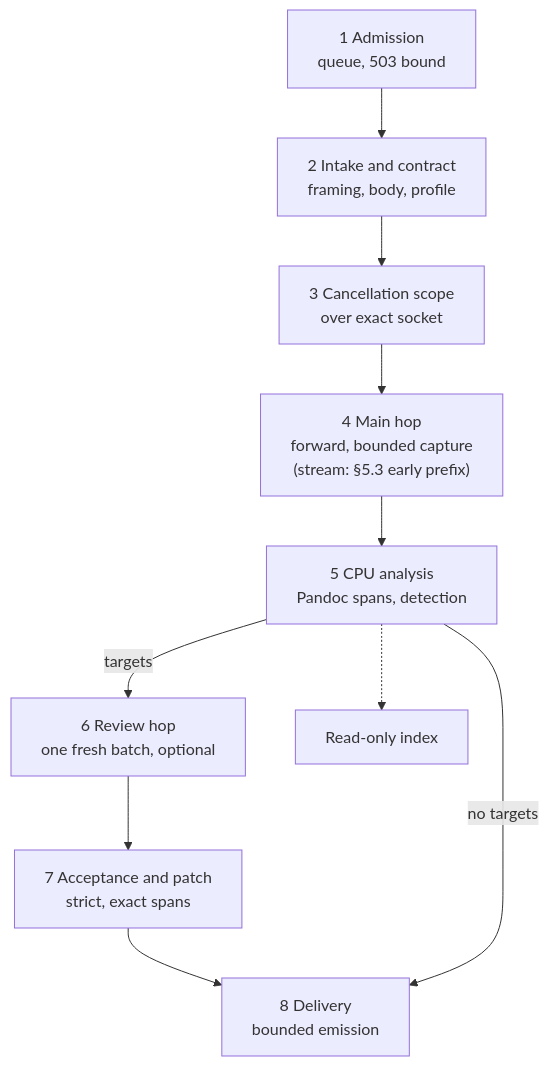
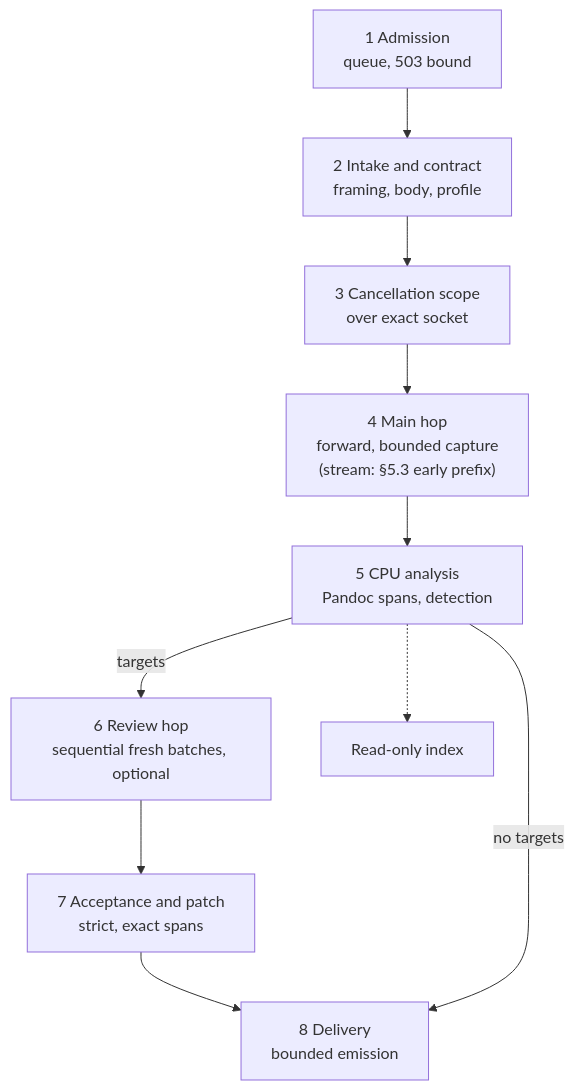
Before and after one commit to ulfe-lmi/slaif-llm-response-language-repair: the second of 5 diagrams in ARCHITECTURE.md, drawn with Mermaid. The commit also changed other lines of this file and 7 other files, not shown here.

Commit message:
040-a docs: ARCHITECTURE 2.3, operator TOML reference, runnable README review paragraph, chain/README/QUICKSTART/STATUS

````diff
--- a/ARCHITECTURE.md
+++ b/ARCHITECTURE.md
@@ -184,17 +168,17 @@
 ```mermaid
 flowchart TD
     a["1 Admission<br/>queue, 503 bound"]
     b["2 Intake and contract<br/>framing, body, profile"]
     c["3 Cancellation scope<br/>over exact socket"]
     d["4 Main hop<br/>forward, bounded capture<br/>(stream: §5.3 early prefix)"]
     e["5 CPU analysis<br/>Pandoc spans, detection"]
-    f["6 Review hop<br/>one fresh batch, optional"]
+    f["6 Review hop<br/>sequential fresh batches, optional"]
     g["7 Acceptance and patch<br/>strict, exact spans"]
     h["8 Delivery<br/>bounded emission"]
     i["Read-only index"]
 
     a --> b --> c --> d --> e
     e -->|targets| f --> g --> h
     e -->|no targets| h
     e -.-> i
 ```
````
